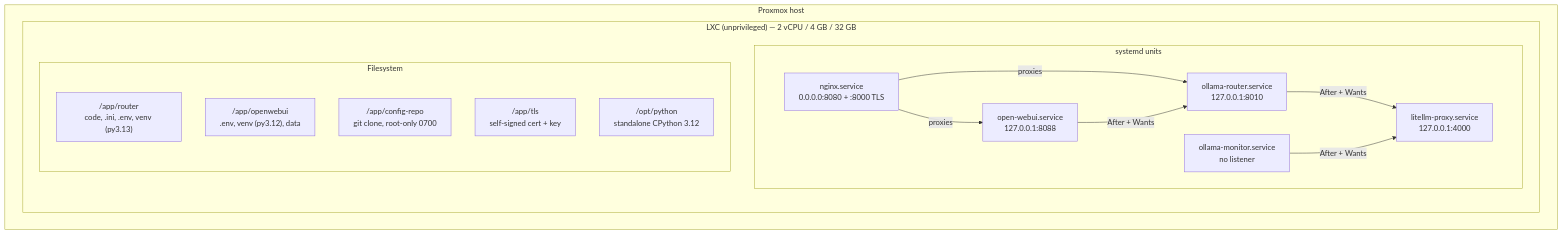
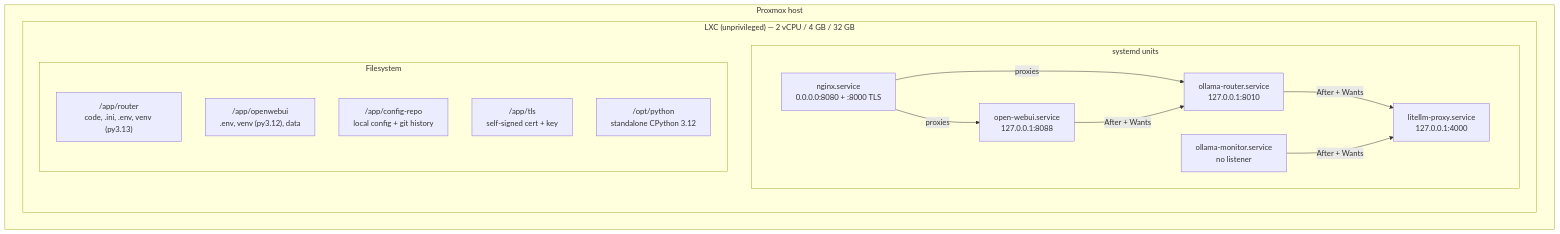
One commit to wwarren/osr changed the second of 5 diagrams in ARCHITECTURE.md. Above: the diagram before and after it, drawn with Mermaid. The commit also changed other lines of this file and 3 other files, not shown here.

````diff
--- a/ARCHITECTURE.md
+++ b/ARCHITECTURE.md
@@ -99,28 +99,28 @@
 ```mermaid
 flowchart TB
     subgraph host["Proxmox host"]
         subgraph ctr["LXC (unprivileged) — 2 vCPU / 4 GB / 32 GB"]
             direction TB
             subgraph units["systemd units"]
                 N["nginx.service<br/>0.0.0.0:8080 + :8000 TLS"]
                 A["open-webui.service<br/>127.0.0.1:8088"]
                 B["ollama-router.service<br/>127.0.0.1:8010"]
                 C["litellm-proxy.service<br/>127.0.0.1:4000"]
                 D["ollama-monitor.service<br/>no listener"]
             end
             subgraph fs["Filesystem"]
                 E["/app/router<br/>code, .ini, .env, venv (py3.13)"]
                 F["/app/openwebui<br/>.env, venv (py3.12), data"]
-                G["/app/config-repo<br/>git clone, root-only 0700"]
+                G["/app/config-repo<br/>local config + git history"]
                 T["/app/tls<br/>self-signed cert + key"]
                 H["/opt/python<br/>standalone CPython 3.12"]
             end
         end
     end
 
     N -->|proxies| A
     N -->|proxies| B
     A -->|"After + Wants"| B
     B -->|"After + Wants"| C
     D -->|"After + Wants"| C
 ```
````
